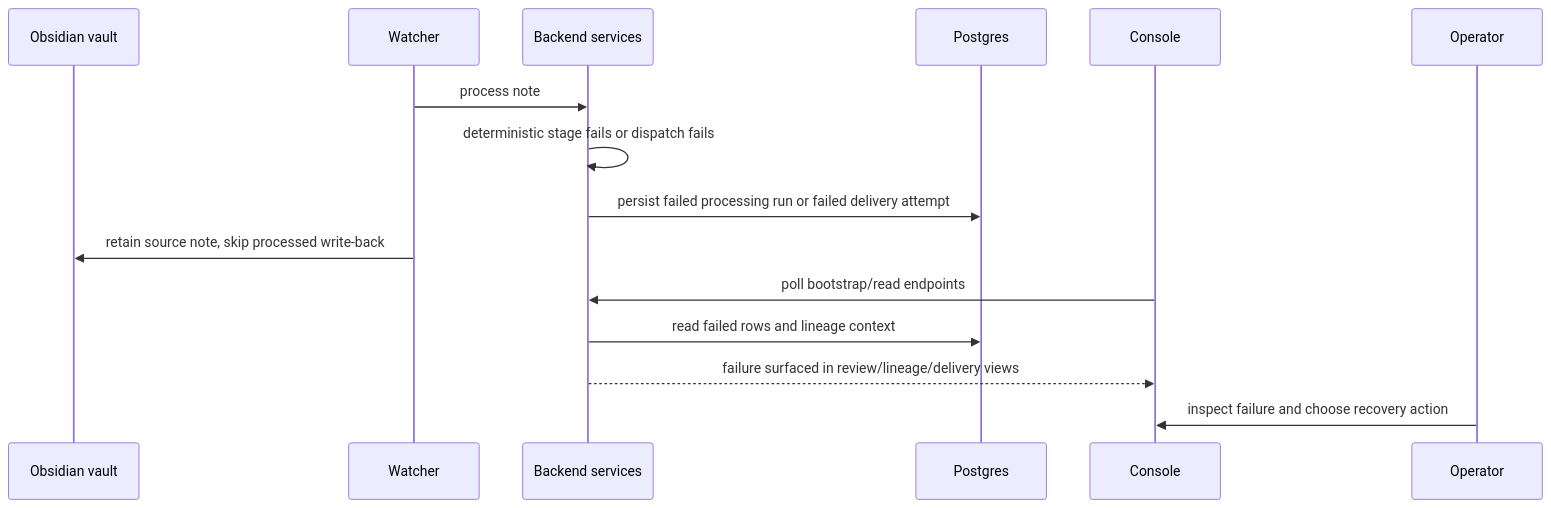
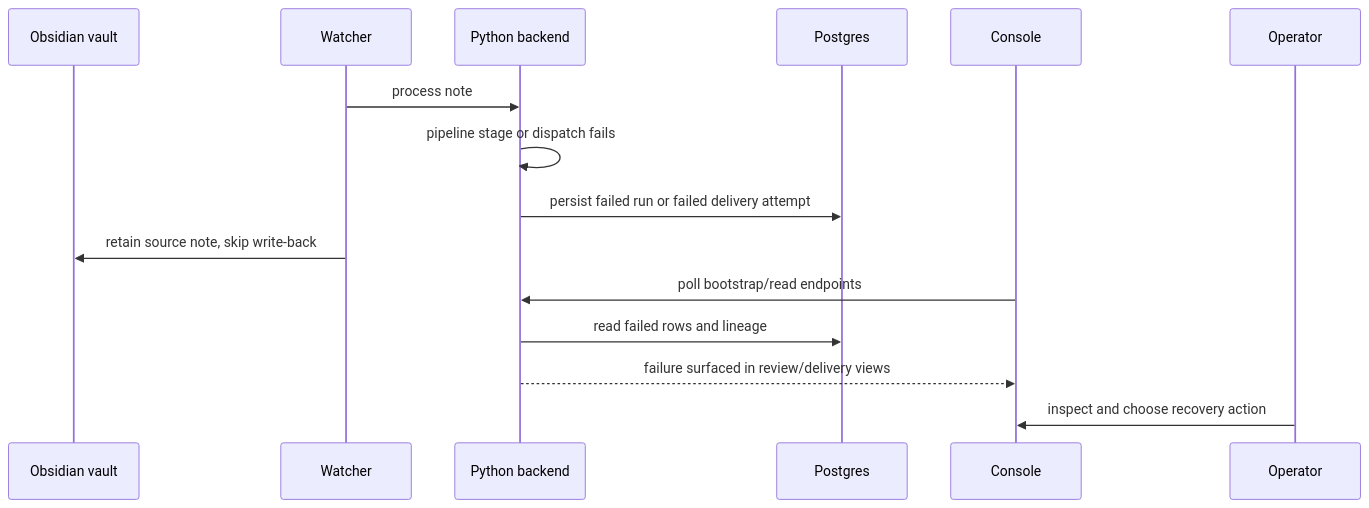
The sixth of 9 diagrams in docs/promptforge-system-architecture.md (ngallodev-software/stt-n8n-promptbuilder), drawn with Mermaid before and after one commit. The commit also changed other lines of this file and 27 other files, not shown here.

````diff
--- a/docs/promptforge-system-architecture.md
+++ b/docs/promptforge-system-architecture.md
@@ -277,18 +230,18 @@
 ```mermaid
 sequenceDiagram
   participant V as Obsidian vault
   participant W as Watcher
-  participant S as Backend services
+  participant S as Python backend
   participant P as Postgres
   participant C as Console
   participant O as Operator
 
   W->>S: process note
-  S->>S: deterministic stage fails or dispatch fails
-  S->>P: persist failed processing run or failed delivery attempt
-  W->>V: retain source note, skip processed write-back
+  S->>S: pipeline stage or dispatch fails
+  S->>P: persist failed run or failed delivery attempt
+  W->>V: retain source note, skip write-back
   C->>S: poll bootstrap/read endpoints
-  S->>P: read failed rows and lineage context
-  S-->>C: failure surfaced in review/lineage/delivery views
-  O->>C: inspect failure and choose recovery action
+  S->>P: read failed rows and lineage
+  S-->>C: failure surfaced in review/delivery views
+  O->>C: inspect and choose recovery action
 ```
````
